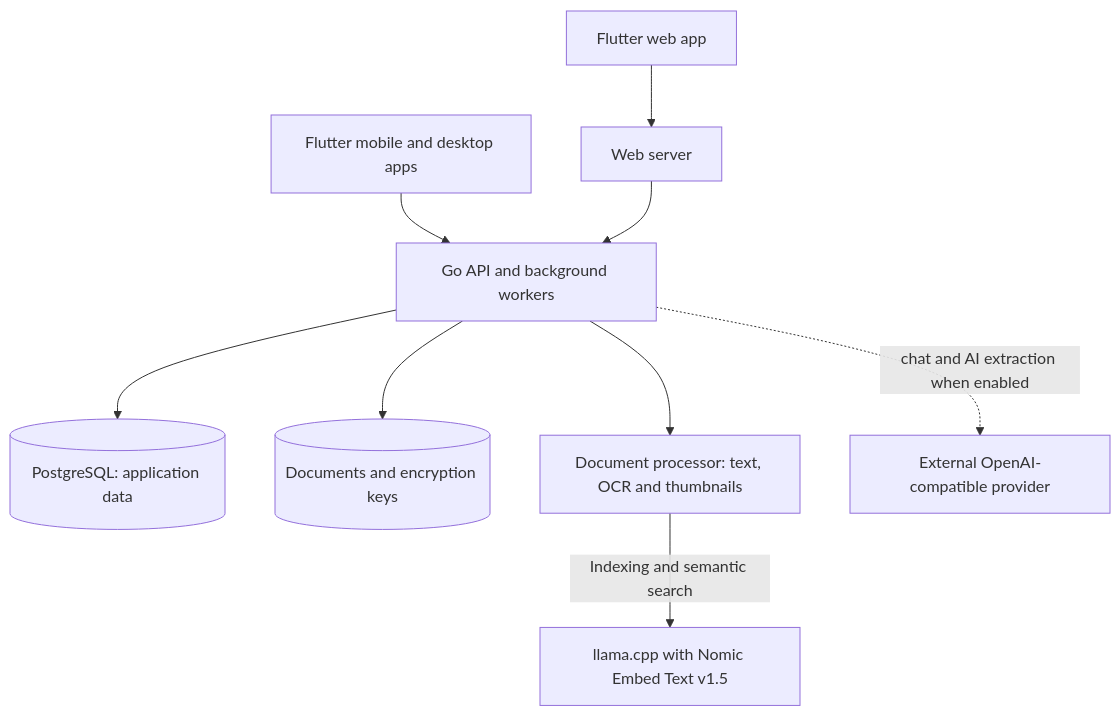
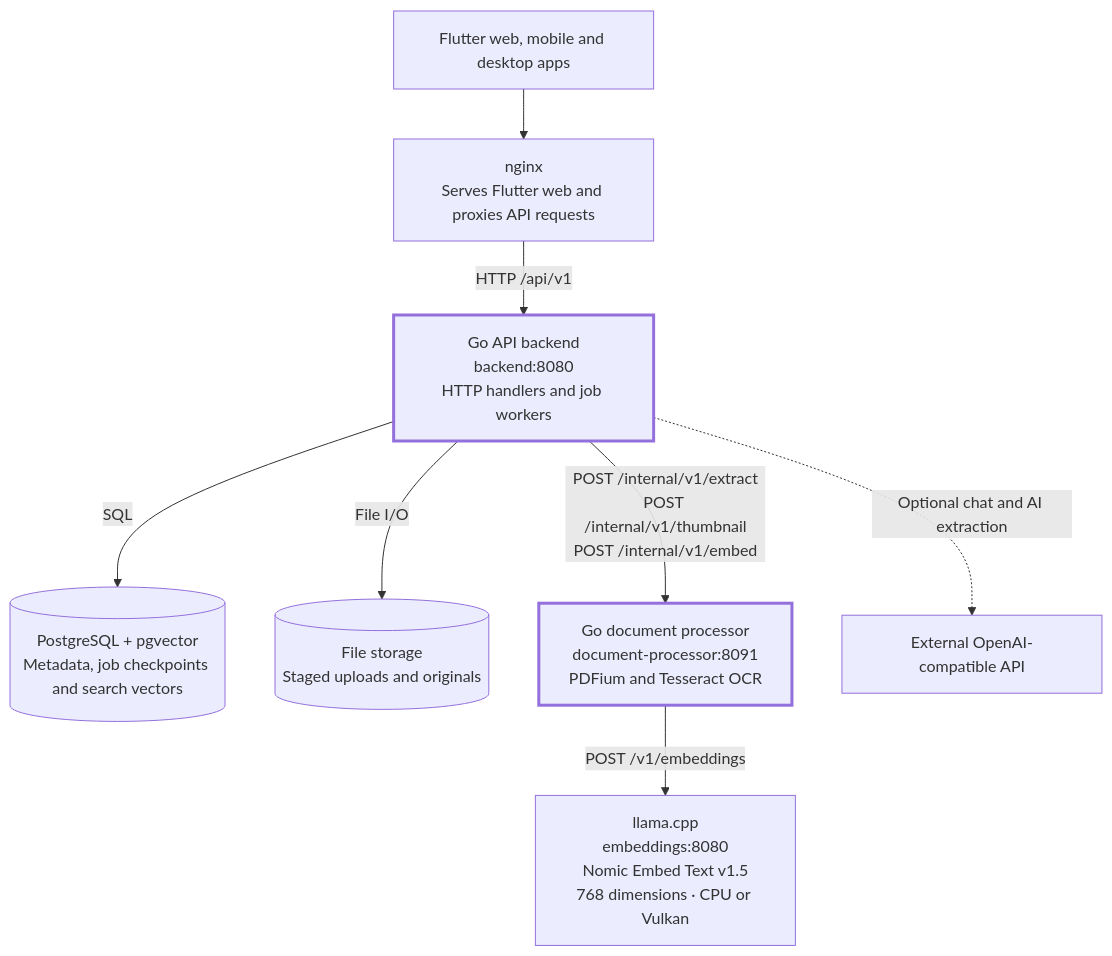
One commit to saschTa/domabas changed the diagram in readme.md. Above: the diagram before and after it, drawn with Mermaid. The commit also changed other lines of this file, not shown here.

Commit message:
Show Go service boundaries and processing routes in the README

````diff
--- a/readme.md
+++ b/readme.md
@@ -172,11 +173,12 @@
 ```mermaid
 flowchart TD
-  Browser[Flutter web app] --> Web[Web server]
-  Native[Flutter mobile and desktop apps] --> Backend[Go API and background workers]
-  Web --> Backend
-  Backend --> Postgres[(PostgreSQL: application data)]
-  Backend --> Files[(Documents and encryption keys)]
-  Backend --> Processor[Document processor: text, OCR and thumbnails]
-  Processor -->|Indexing and semantic search| Embeddings[llama.cpp with Nomic Embed Text v1.5]
-  Backend -. chat and AI extraction when enabled .-> External[External OpenAI-compatible provider]
+  Clients["Flutter web, mobile and desktop apps"] --> Web["nginx<br/>Serves Flutter web and proxies API requests"]
+  Web -->|"HTTP /api/v1"| Backend["Go API backend<br/>backend:8080<br/>HTTP handlers and job workers"]
+  Backend -->|"SQL"| DB[("PostgreSQL + pgvector<br/>Metadata, job checkpoints and search vectors")]
+  Backend -->|"File I/O"| Files[("File storage<br/>Staged uploads and originals")]
+  Backend -->|"POST /internal/v1/extract<br/>POST /internal/v1/thumbnail<br/>POST /internal/v1/embed"| Processor["Go document processor<br/>document-processor:8091<br/>PDFium and Tesseract OCR"]
+  Processor -->|"POST /v1/embeddings"| Embed["llama.cpp<br/>embeddings:8080<br/>Nomic Embed Text v1.5<br/>768 dimensions · CPU or Vulkan"]
+  Backend -.->|"Optional chat and AI extraction"| External["External OpenAI-compatible API"]
+  classDef goService stroke-width:3px
+  class Backend,Processor goService
 ```
````
